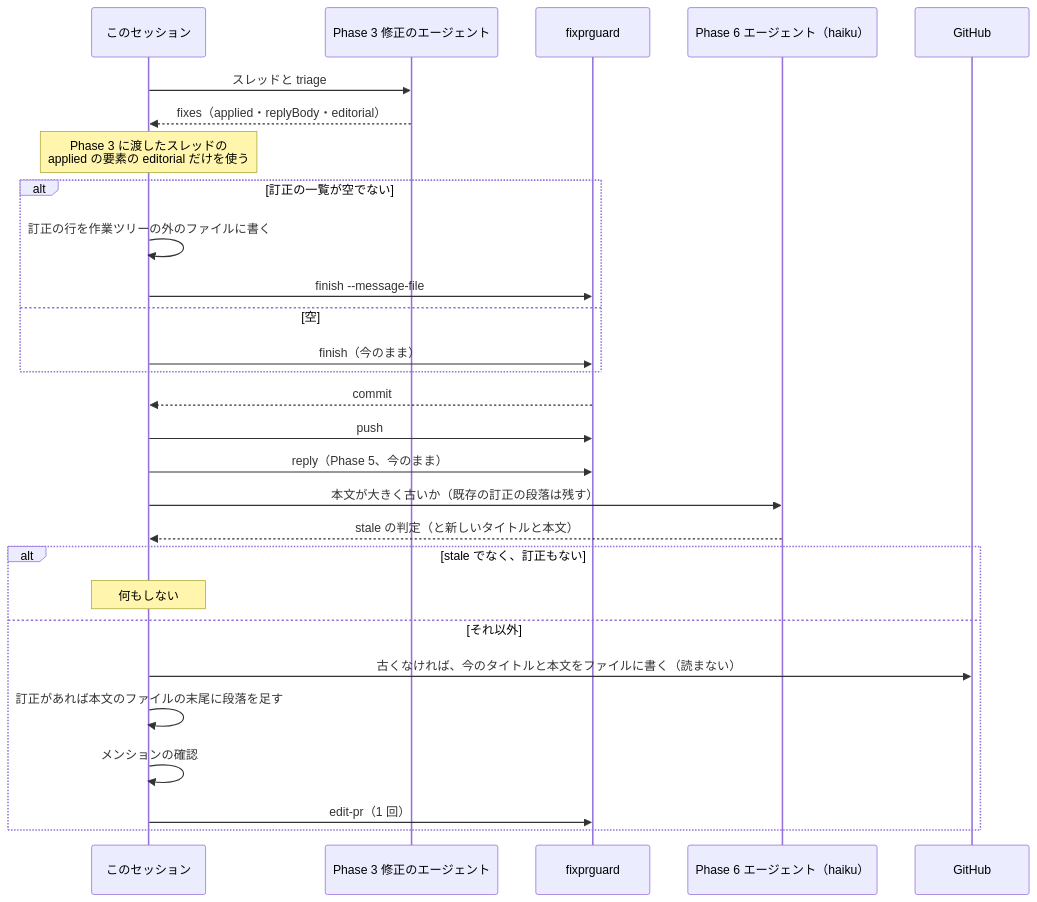
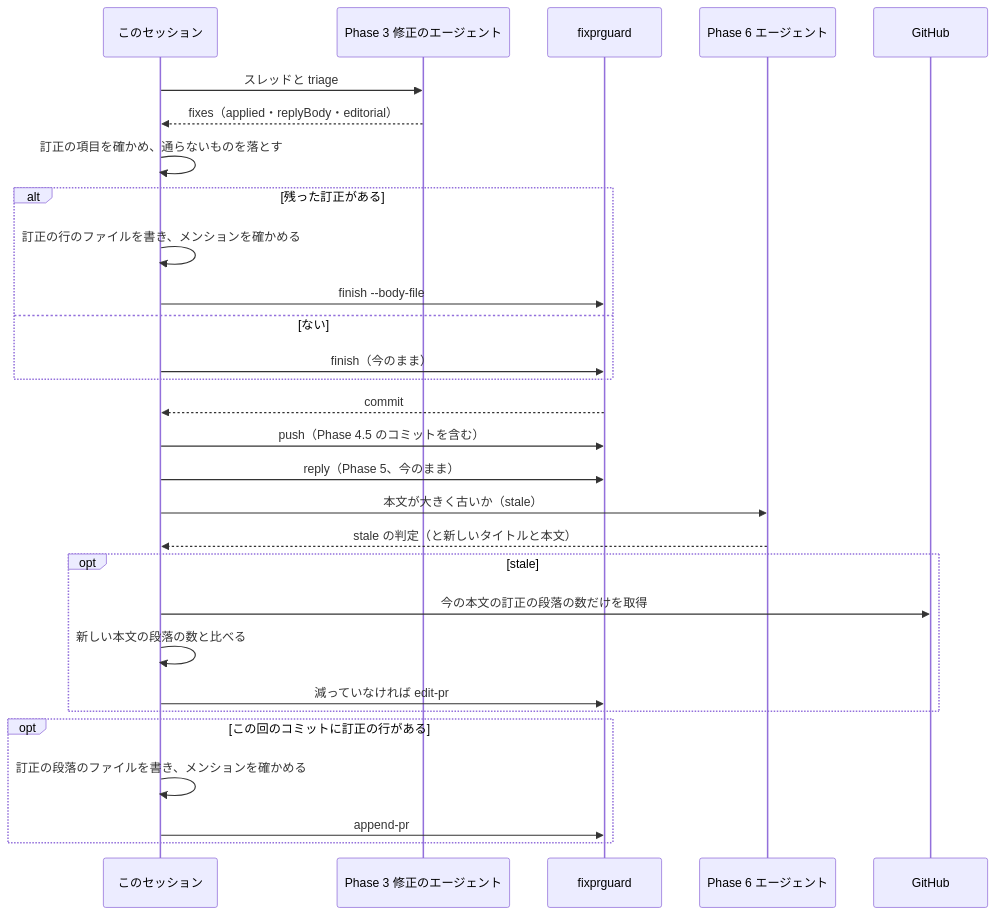
The tenth of 11 diagrams in docs/tasks/0053_status_comments_policy/02_architecture.md (isseis/yt2column), drawn with Mermaid before and after one commit. The commit also changed other lines of this file, not shown here.

````diff
--- a/docs/tasks/0053_status_comments_policy/02_architecture.md
+++ b/docs/tasks/0053_status_comments_policy/02_architecture.md
@@ -477,31 +530,32 @@
 ```mermaid
 sequenceDiagram
     participant S as このセッション
     participant F as Phase 3 修正のエージェント
     participant T as fixprguard
-    participant H as Phase 6 エージェント（haiku）
+    participant H as Phase 6 エージェント
     participant GH as GitHub
 
     S->>F: スレッドと triage
     F-->>S: fixes（applied・replyBody・editorial）
-    Note over S: Phase 3 に渡したスレッドの<br>applied の要素の editorial だけを使う
-    alt 訂正の一覧が空でない
-        S->>S: 訂正の行を作業ツリーの外のファイルに書く
-        S->>T: finish --message-file
-    else 空
+    S->>S: 訂正の項目を確かめ、通らないものを落とす
+    alt 残った訂正がある
+        S->>S: 訂正の行のファイルを書き、メンションを確かめる
+        S->>T: finish --body-file
+    else ない
         S->>T: finish（今のまま）
     end
     T-->>S: commit
-    S->>T: push
+    S->>T: push（Phase 4.5 のコミットを含む）
     S->>T: reply（Phase 5、今のまま）
-    S->>H: 本文が大きく古いか（既存の訂正の段落は残す）
+    S->>H: 本文が大きく古いか（stale）
     H-->>S: stale の判定（と新しいタイトルと本文）
-    alt stale でなく、訂正もない
-        Note over S: 何もしない
-    else それ以外
-        S->>GH: 古くなければ、今のタイトルと本文をファイルに書く（読まない）
-        S->>S: 訂正があれば本文のファイルの末尾に段落を足す
-        S->>S: メンションの確認
-        S->>T: edit-pr（1 回）
+    opt stale
+        S->>GH: 今の本文の訂正の段落の数だけを取得
+        S->>S: 新しい本文の段落の数と比べる
+        S->>T: 減っていなければ edit-pr
+    end
+    opt この回のコミットに訂正の行がある
+        S->>S: 訂正の段落のファイルを書き、メンションを確かめる
+        S->>T: append-pr
     end
 ```
````
